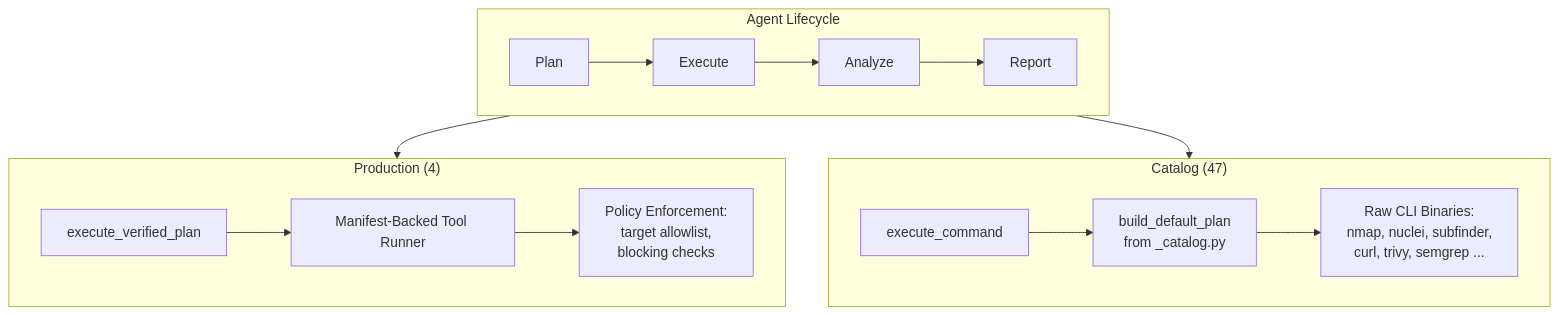
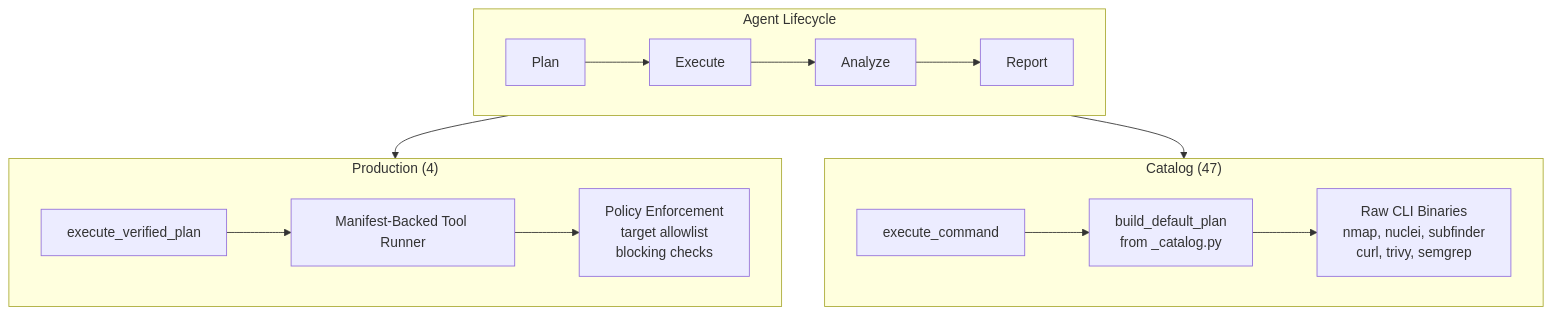
Before and after one commit to Zaeem20/ShikariMCP: the first of 2 diagrams in docs/AGENTS.md, drawn with Mermaid. The commit also changed other lines of this file and 4 other files, not shown here.

First line of the commit message:
fix(docs): quote mermaid labels for GitHub rendering, use image in README

````diff
--- a/docs/AGENTS.md
+++ b/docs/AGENTS.md
@@ -21,24 +21,24 @@
 ```mermaid
 flowchart TD
     subgraph Agent["Agent Lifecycle"]
         direction LR
-        P[Plan] --> E[Execute] --> A[Analyze] --> R[Report]
+        P["Plan"] --> E["Execute"] --> A["Analyze"] --> R["Report"]
     end
 
     subgraph Production["Production (4)"]
-        EP[execute_verified_plan]
-        M[Manifest-Backed Tool Runner]
-        PP[Policy Enforcement:<br/>target allowlist,<br/>blocking checks]
+        EP["execute_verified_plan"]
+        M["Manifest-Backed Tool Runner"]
+        PP["Policy Enforcement<br/>target allowlist<br/>blocking checks"]
         EP --> M --> PP
     end
 
     subgraph Catalog["Catalog (47)"]
-        EC[execute_command]
-        CP[build_default_plan<br/>from _catalog.py]
-        CLI[Raw CLI Binaries:<br/>nmap, nuclei, subfinder,<br/>curl, trivy, semgrep ...]
+        EC["execute_command"]
+        CP["build_default_plan<br/>from _catalog.py"]
+        CLI["Raw CLI Binaries<br/>nmap, nuclei, subfinder<br/>curl, trivy, semgrep"]
         EC --> CP --> CLI
     end
 
     E --> Production
     E --> Catalog
 ```
````
